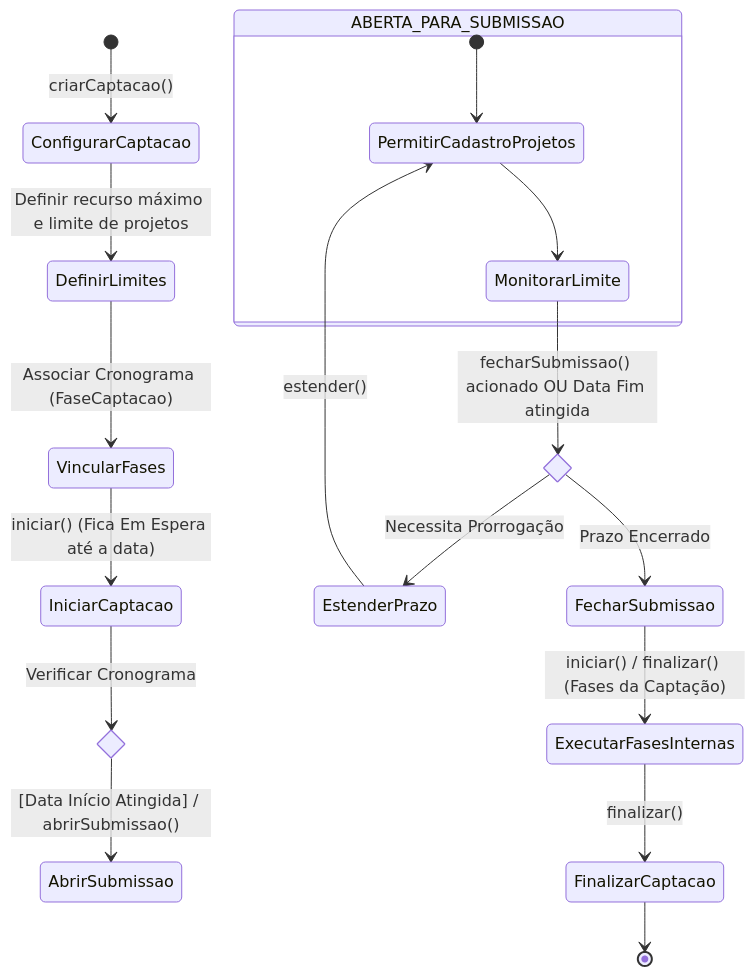
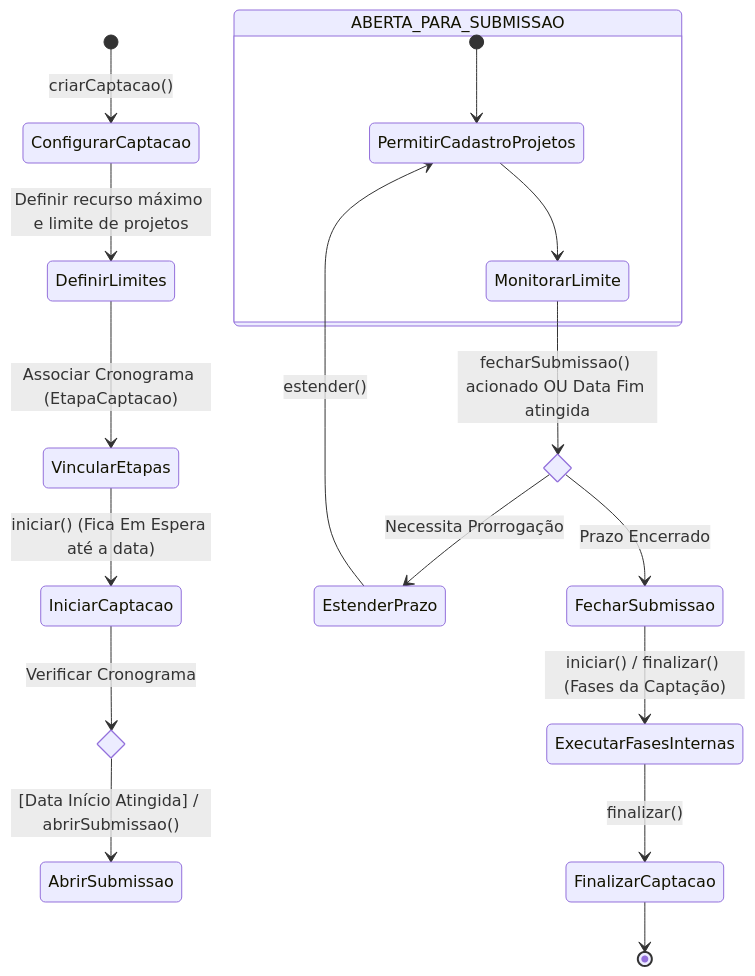
One commit to Czzped/conecta-fapes-teste changed the third of 3 diagrams in docs/implementation/modules/M011-configuracao-captacao/modelo-estrutural/modelo-estrutural-p2-configuracao-selecao.md. Above: the diagram before and after it, drawn with Mermaid. The commit also changed other lines of this file and 7 other files, not shown here.

````diff
--- a/docs/implementation/modules/M011-configuracao-captacao/modelo-estrutural/modelo-estrutural-p2-configuracao-selecao.md
+++ b/docs/implementation/modules/M011-configuracao-captacao/modelo-estrutural/modelo-estrutural-p2-configuracao-selecao.md
@@ -105,30 +121,30 @@
 ```mermaid
 stateDiagram-v2
     [*] --> ConfigurarCaptacao : criarCaptacao()
     ConfigurarCaptacao --> DefinirLimites : Definir recurso máximo e limite de projetos
-    DefinirLimites --> VincularFases : Associar Cronograma (FaseCaptacao)
+    DefinirLimites --> VincularEtapas : Associar Cronograma (EtapaCaptacao)
     
-    VincularFases --> IniciarCaptacao : iniciar() (Fica Em Espera até a data)
+    VincularEtapas --> IniciarCaptacao : iniciar() (Fica Em Espera até a data)
     
     state choice_periodo <<choice>>
     IniciarCaptacao --> choice_periodo : Verificar Cronograma
     
     choice_periodo --> AbrirSubmissao : [Data Início Atingida] / abrirSubmissao()
     
     state ABERTA_PARA_SUBMISSAO {
         [*] --> PermitirCadastroProjetos
         PermitirCadastroProjetos --> MonitorarLimite
     }
 
     state choice_fechamento <<choice>>
     MonitorarLimite --> choice_fechamento : fecharSubmissao() acionado OU Data Fim atingida
     
     choice_fechamento --> EstenderPrazo : Necessita Prorrogação
     EstenderPrazo --> PermitirCadastroProjetos : estender()
     
     choice_fechamento --> FecharSubmissao : Prazo Encerrado
     
     FecharSubmissao --> ExecutarFasesInternas : iniciar() / finalizar() (Fases da Captação)
     ExecutarFasesInternas --> FinalizarCaptacao : finalizar()
     FinalizarCaptacao --> [*]
 ```
````
